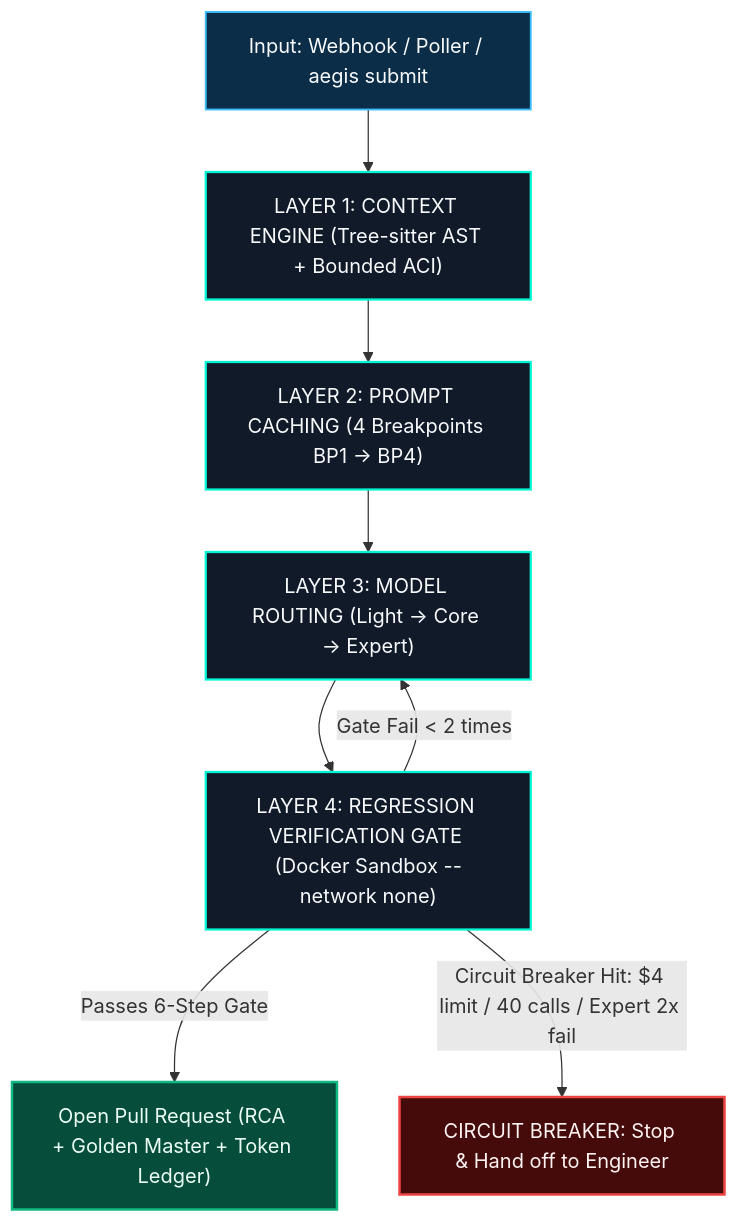
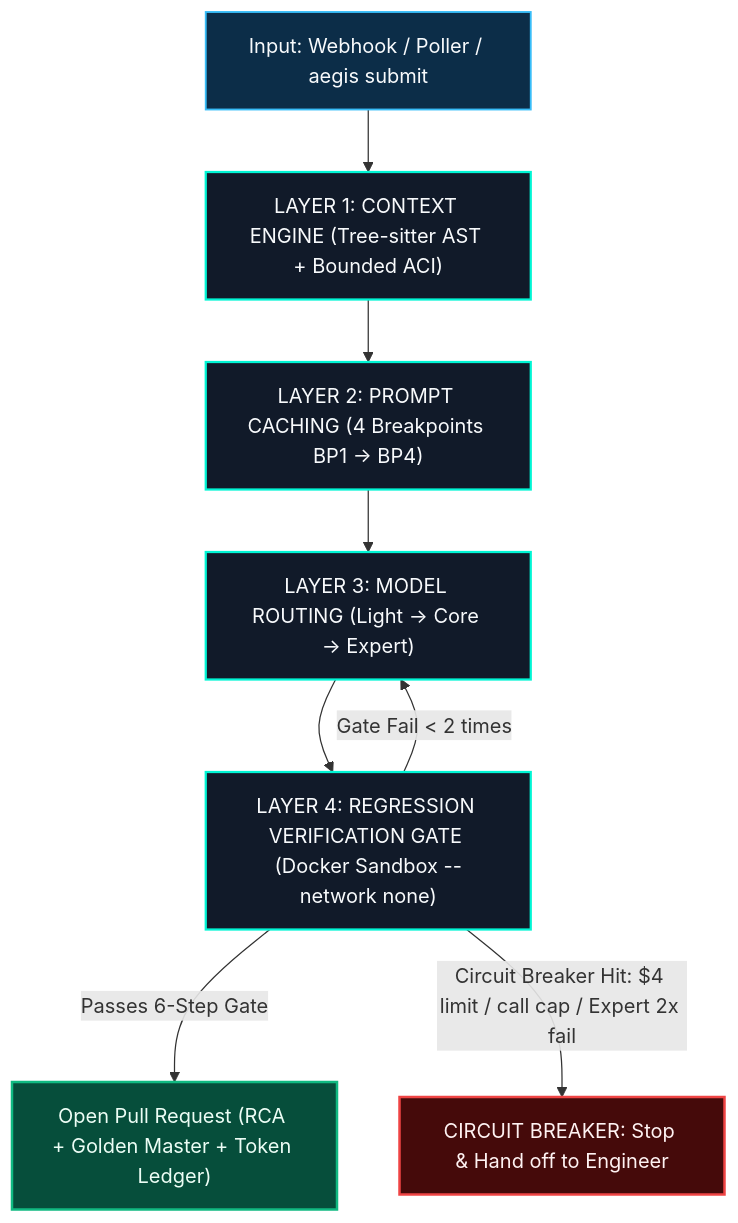
The fourth of 4 diagrams in README.md (hoanghainh1188/aegis-code), drawn with Mermaid before and after one commit. The commit also changed other lines of this file and 2 other files, not shown here.

````diff
--- a/README.md
+++ b/README.md
@@ -413,16 +413,16 @@
 ```mermaid
 flowchart TD
     classDef input fill:#0c2d48,stroke:#38BDF8,stroke-width:1.5px,color:#F8FAFC;
     classDef layer fill:#111a29,stroke:#00F5D4,stroke-width:1.8px,color:#F8FAFC;
     classDef pass fill:#064e3b,stroke:#10B981,stroke-width:2px,color:#ECFDF5;
     classDef stop fill:#450a0a,stroke:#EF4444,stroke-width:2px,color:#FEF2F2;
 
     Issue["Input: Webhook / Poller / aegis submit"]:::input --> L1["LAYER 1: CONTEXT ENGINE (Tree-sitter AST + Bounded ACI)"]:::layer
     L1 --> L2["LAYER 2: PROMPT CACHING (4 Breakpoints BP1 → BP4)"]:::layer
     L2 --> L3["LAYER 3: MODEL ROUTING (Light → Core → Expert)"]:::layer
     L3 --> L4["LAYER 4: REGRESSION VERIFICATION GATE (Docker Sandbox --network none)"]:::layer
     
     L4 -->|Passes 6-Step Gate| PR["Open Pull Request (RCA + Golden Master + Token Ledger)"]:::pass
     L4 -->|Gate Fail < 2 times| L3
-    L4 -->|Circuit Breaker Hit: $4 limit / 40 calls / Expert 2x fail| Stop["CIRCUIT BREAKER: Stop & Hand off to Engineer"]:::stop
+    L4 -->|Circuit Breaker Hit: $4 limit / call cap / Expert 2x fail| Stop["CIRCUIT BREAKER: Stop & Hand off to Engineer"]:::stop
 ```
````
